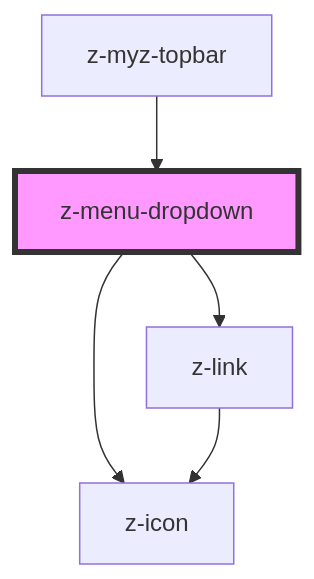
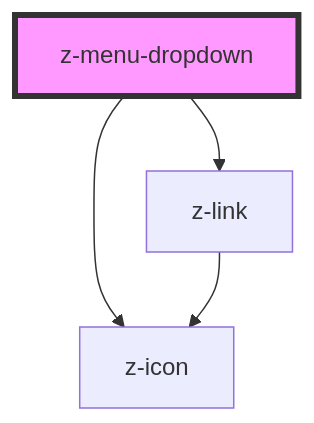
The diagram in src/components/navigation/z-menu-dropdown/readme.md (ZanichelliEditore/design-system), drawn with Mermaid before and after one commit. The commit also changed other lines of this file and 11 other files, not shown here.

Commit message:
MYZ-8665: delete ZMyzTopbar

````diff
--- a/src/components/navigation/z-menu-dropdown/readme.md
+++ b/src/components/navigation/z-menu-dropdown/readme.md
@@ -36,8 +32,7 @@
 ```mermaid
 graph TD;
   z-menu-dropdown --> z-link
   z-menu-dropdown --> z-icon
   z-link --> z-icon
-  z-myz-topbar --> z-menu-dropdown
   style z-menu-dropdown fill:#f9f,stroke:#333,stroke-width:4px
 ```
````
